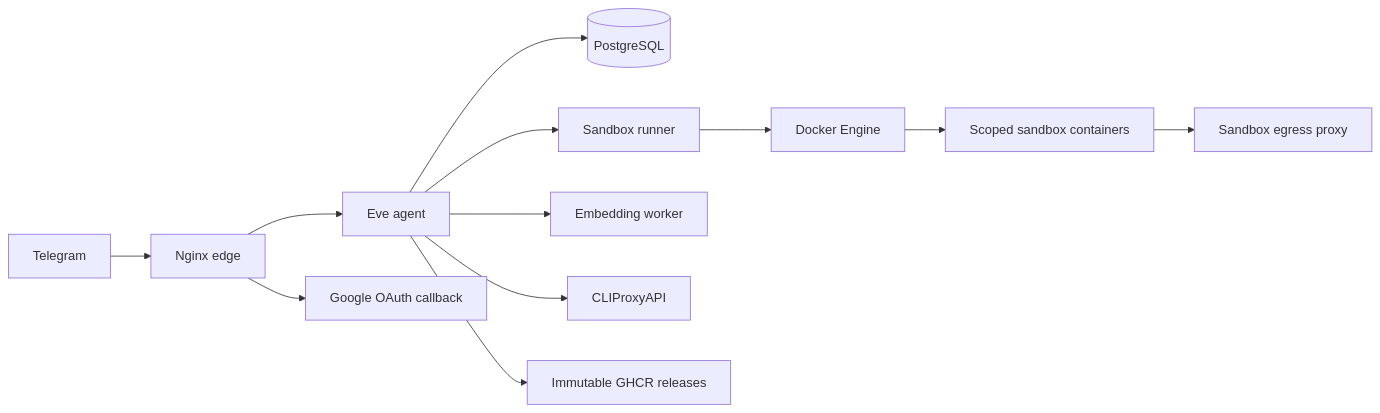
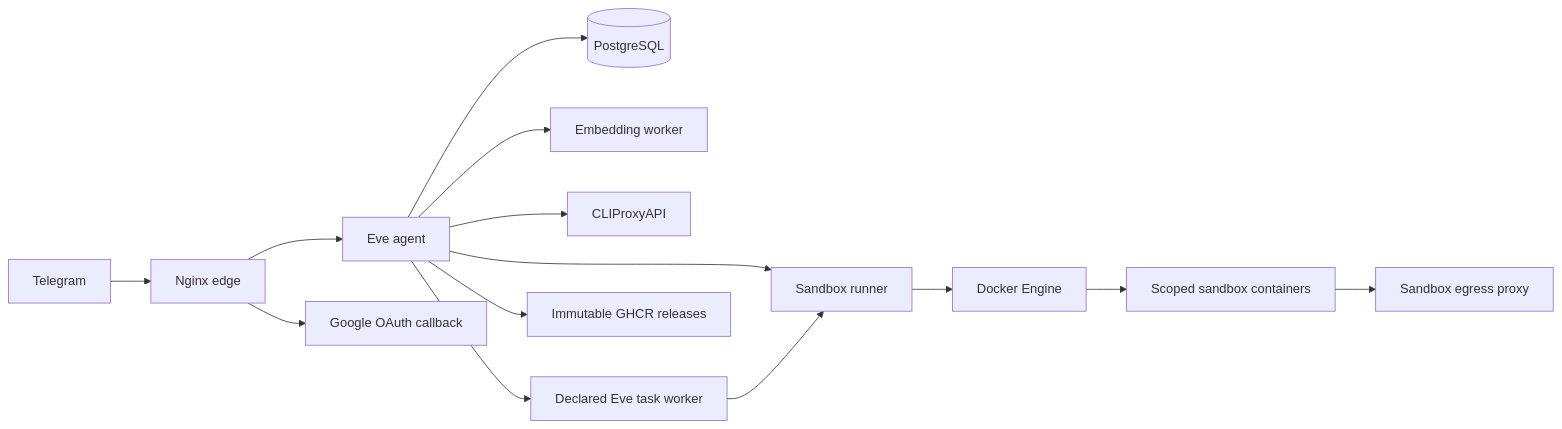
One commit to ilkruglov/osinara changed the diagram in README.md. Above: the diagram before and after it, drawn with Mermaid. The commit also changed other lines of this file and 203 other files, not shown here.

Commit message:
Harden agent workflows and add isolated task worker

````diff
--- a/README.md
+++ b/README.md
@@ -44,14 +45,16 @@
 ```mermaid
 flowchart LR
   Telegram[Telegram] --> Edge[Nginx edge]
   Edge --> Agent[Eve agent]
   Edge --> OAuth[Google OAuth callback]
   Agent --> Postgres[(PostgreSQL)]
   Agent --> Runner[Sandbox runner]
   Agent --> Memory[Embedding worker]
   Agent --> CLIProxy[CLIProxyAPI]
+  Agent --> Worker[Declared Eve task worker]
+  Worker --> Runner
   Runner --> Docker[Docker Engine]
   Docker --> Sandbox[Scoped sandbox containers]
   Sandbox --> Egress[Sandbox egress proxy]
   Agent --> GHCR[Immutable GHCR releases]
 ```
````
